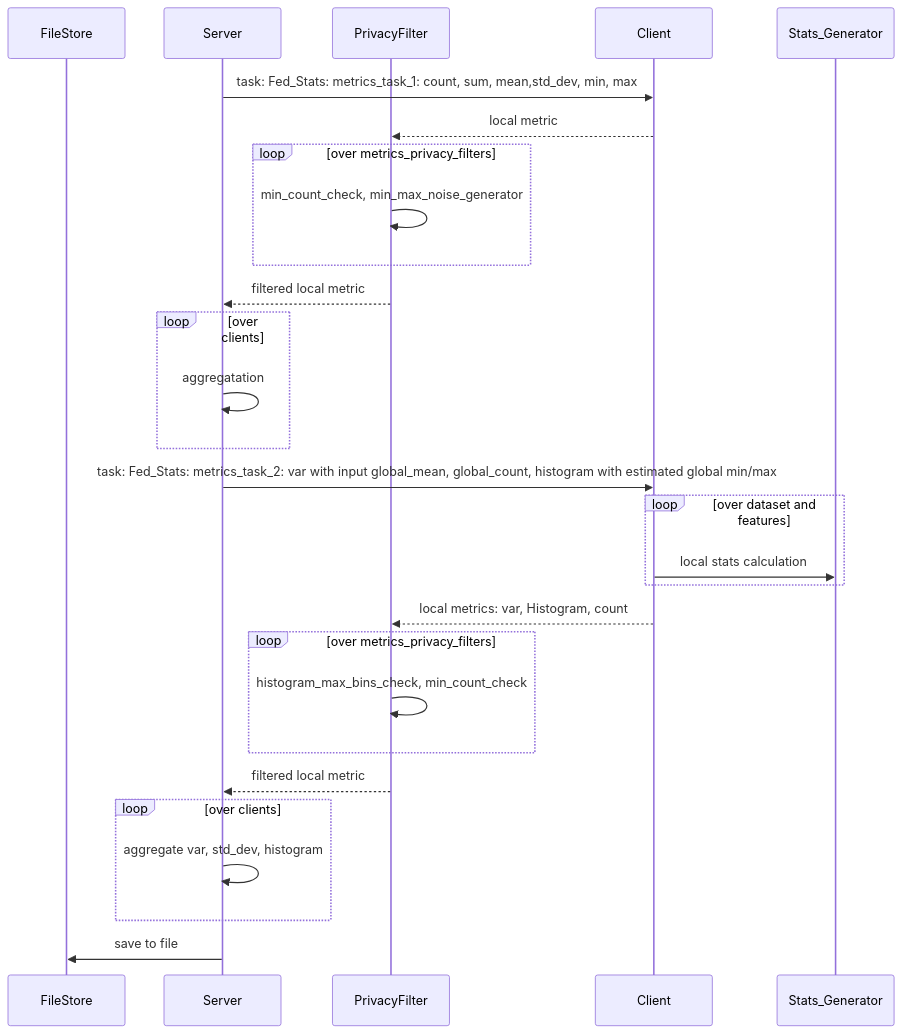
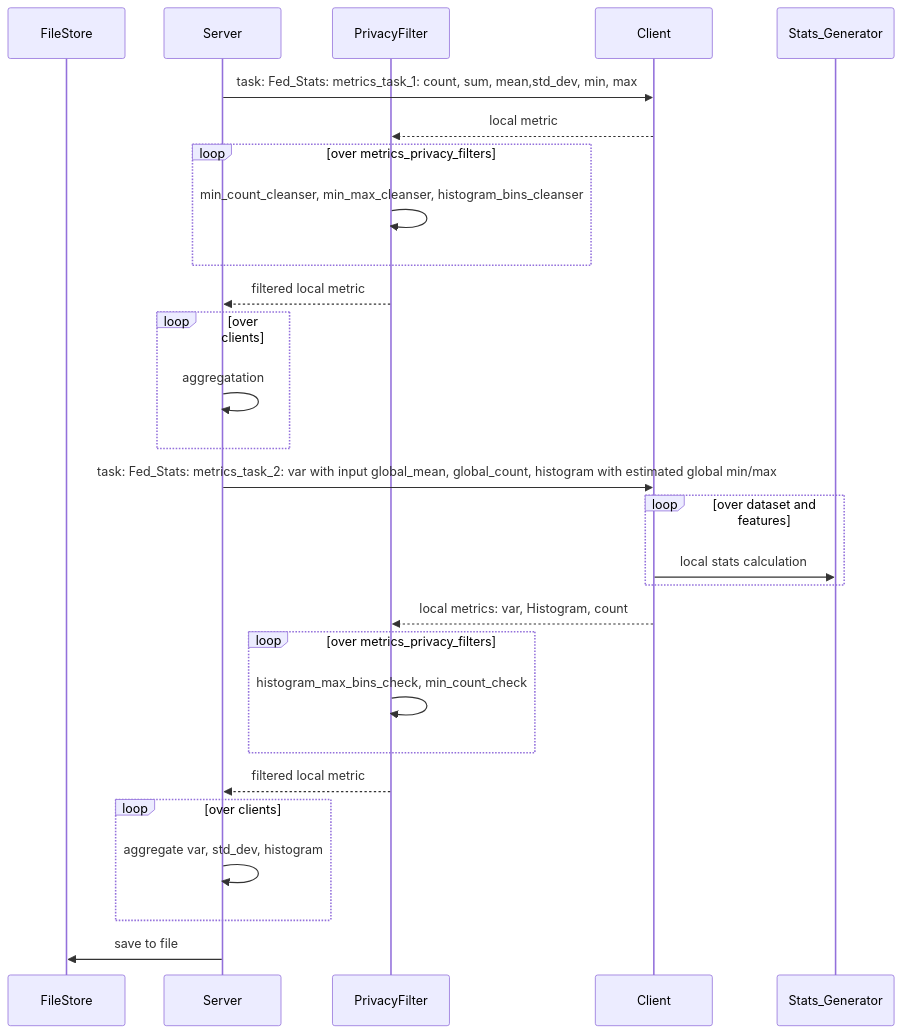
Before and after one commit to NVIDIA/NVFlare: the diagram in examples/federated_statistics/README.md, drawn with Mermaid. The commit also changed 40 other files, not shown here.

````diff
--- a/examples/federated_statistics/README.md
+++ b/examples/federated_statistics/README.md
@@ -28,31 +28,31 @@
 ```mermaid
  
 sequenceDiagram
     participant FileStore
     participant Server
     participant PrivacyFilter
     participant Client
     participant Stats_Generator
     Server->>Client: task: Fed_Stats: metrics_task_1: count, sum, mean,std_dev, min, max 
     Client-->>PrivacyFilter: local metric
      loop over metrics_privacy_filters
-        PrivacyFilter->>PrivacyFilter: min_count_check, min_max_noise_generator
+        PrivacyFilter->>PrivacyFilter: min_count_cleanser, min_max_cleanser, histogram_bins_cleanser
     end
     PrivacyFilter-->>Server: filtered local metric
     loop over clients
         Server->>Server: aggregatation
     end
     Server->>Client:  task: Fed_Stats: metrics_task_2: var with input global_mean, global_count, histogram with estimated global min/max
     loop over dataset and features
        Client->>Stats_Generator: local stats calculation
     end
     Client-->>PrivacyFilter: local metrics: var, Histogram, count
     loop over metrics_privacy_filters
         PrivacyFilter->>PrivacyFilter: histogram_max_bins_check, min_count_check
     end
     PrivacyFilter-->>Server: filtered local metric    
     loop over clients
         Server->>Server: aggregate var, std_dev, histogram
     end
     Server->>FileStore: save to file
 ```
````
